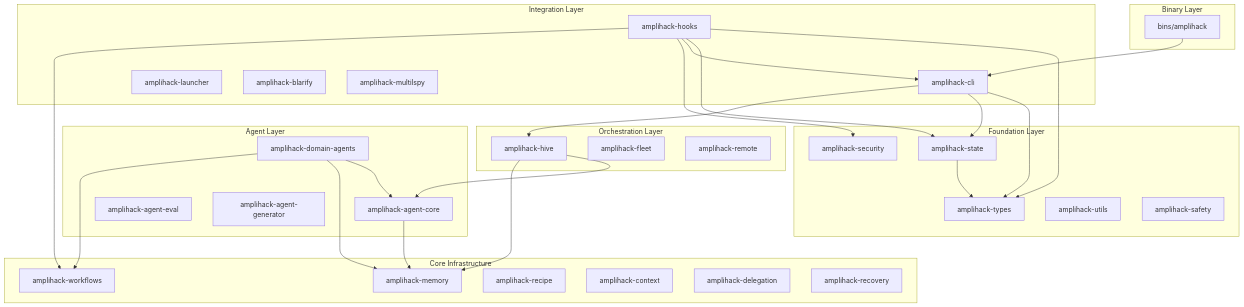
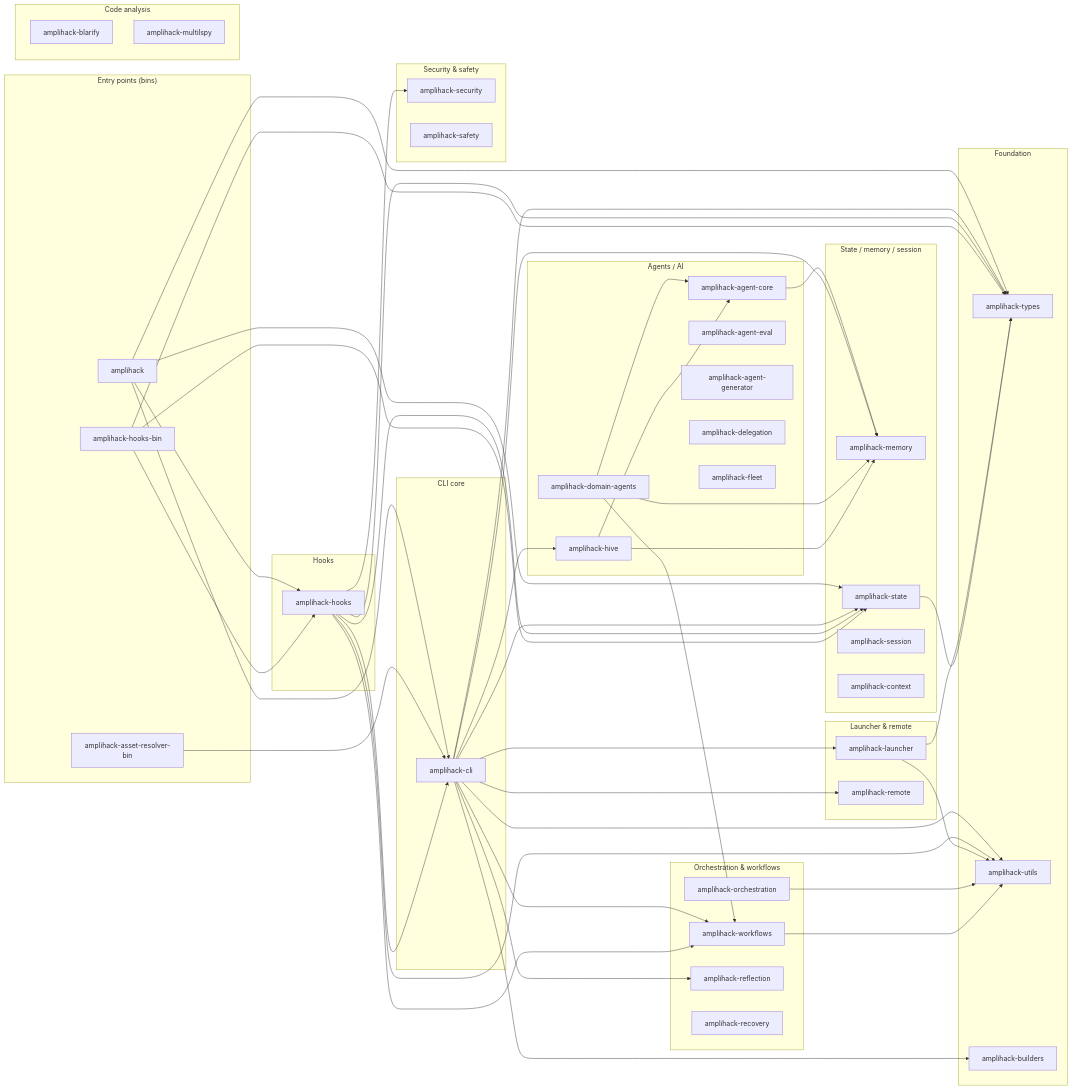
One commit to rysweet/amplihack-rs changed the diagram in docs/atlas/compile-deps/compile-deps.mmd. Above: the diagram before and after it, drawn with Mermaid. The commit also changed 70 other files, not shown here.

```diff
--- a/docs/atlas/compile-deps/compile-deps.mmd
+++ b/docs/atlas/compile-deps/compile-deps.mmd
@@ -1,71 +1,85 @@
-graph TD
-    subgraph "Foundation Layer"
-        types["amplihack-types"]
-        state["amplihack-state"]
-        utils["amplihack-utils"]
-        security["amplihack-security"]
-        safety["amplihack-safety"]
-    end
-
-    subgraph "Core Infrastructure"
-        memory["amplihack-memory"]
-        workflows["amplihack-workflows"]
-        recipe["amplihack-recipe"]
-        context["amplihack-context"]
-        delegation["amplihack-delegation"]
-        recovery["amplihack-recovery"]
-    end
-
-    subgraph "Agent Layer"
-        agent_core["amplihack-agent-core"]
-        agent_eval["amplihack-agent-eval"]
-        agent_gen["amplihack-agent-generator"]
-        domain_agents["amplihack-domain-agents"]
-    end
-
-    subgraph "Orchestration Layer"
-        hive["amplihack-hive"]
-        fleet["amplihack-fleet"]
-        remote["amplihack-remote"]
-    end
-
-    subgraph "Integration Layer"
-        cli["amplihack-cli"]
-        hooks["amplihack-hooks"]
-        launcher["amplihack-launcher"]
-        blarify["amplihack-blarify"]
-        multilspy["amplihack-multilspy"]
-    end
-
-    subgraph "Binary Layer"
-        bin_amplihack["bins/amplihack"]
-    end
-
-    %% Foundation deps
-    state --> types
-
-    %% Core Infrastructure deps
-    %% (memory, workflows, recipe standalone)
-
-    %% Agent Layer deps
-    agent_core --> memory
-    domain_agents --> agent_core
-    domain_agents --> memory
-    domain_agents --> workflows
-
-    %% Orchestration Layer deps
-    hive --> agent_core
-    hive --> memory
-
-    %% Integration Layer deps
-    cli --> types
-    cli --> state
-    cli --> hive
-    hooks --> types
-    hooks --> state
-    hooks --> cli
-    hooks --> security
-    hooks --> workflows
-
-    %% Binary deps
-    bin_amplihack --> cli
+flowchart LR
+  subgraph entrypoints["Entry points (bins)"]
+    amplihack["amplihack"]
+    amplihack_hooks_bin["amplihack-hooks-bin"]
+    amplihack_asset_resolver_bin["amplihack-asset-resolver-bin"]
+  end
+  subgraph cli["CLI core"]
+    amplihack_cli["amplihack-cli"]
+  end
+  subgraph hooks["Hooks"]
+    amplihack_hooks["amplihack-hooks"]
+  end
+  subgraph agents["Agents / AI"]
+    amplihack_agent_core["amplihack-agent-core"]
+    amplihack_agent_eval["amplihack-agent-eval"]
+    amplihack_agent_generator["amplihack-agent-generator"]
+    amplihack_domain_agents["amplihack-domain-agents"]
+    amplihack_hive["amplihack-hive"]
+    amplihack_delegation["amplihack-delegation"]
+    amplihack_fleet["amplihack-fleet"]
+  end
+  subgraph orchestration["Orchestration & workflows"]
+    amplihack_orchestration["amplihack-orchestration"]
+    amplihack_workflows["amplihack-workflows"]
+    amplihack_reflection["amplihack-reflection"]
+    amplihack_recovery["amplihack-recovery"]
+  end
+  subgraph state_memory["State / memory / session"]
+    amplihack_memory["amplihack-memory"]
+    amplihack_state["amplihack-state"]
+    amplihack_session["amplihack-session"]
+    amplihack_context["amplihack-context"]
+  end
+  subgraph launch_remote["Launcher & remote"]
+    amplihack_launcher["amplihack-launcher"]
+    amplihack_remote["amplihack-remote"]
+  end
+  subgraph foundation["Foundation"]
+    amplihack_types["amplihack-types"]
+    amplihack_utils["amplihack-utils"]
+    amplihack_builders["amplihack-builders"]
+  end
+  subgraph security["Security & safety"]
+    amplihack_security["amplihack-security"]
+    amplihack_safety["amplihack-safety"]
+  end
+  subgraph code_analysis["Code analysis"]
+    amplihack_blarify["amplihack-blarify"]
+    amplihack_multilspy["amplihack-multilspy"]
+  end
+  amplihack --> amplihack_cli
+  amplihack --> amplihack_hooks
+  amplihack --> amplihack_state
+  amplihack --> amplihack_types
+  amplihack_agent_core --> amplihack_memory
+  amplihack_asset_resolver_bin --> amplihack_cli
+  amplihack_cli --> amplihack_builders
+  amplihack_cli --> amplihack_hive
+  amplihack_cli --> amplihack_launcher
+  amplihack_cli --> amplihack_memory
+  amplihack_cli --> amplihack_reflection
+  amplihack_cli --> amplihack_remote
+  amplihack_cli --> amplihack_state
+  amplihack_cli --> amplihack_types
+  amplihack_cli --> amplihack_utils
+  amplihack_cli --> amplihack_workflows
+  amplihack_domain_agents --> amplihack_agent_core
+  amplihack_domain_agents --> amplihack_memory
+  amplihack_domain_agents --> amplihack_workflows
+  amplihack_hive --> amplihack_agent_core
+  amplihack_hive --> amplihack_memory
+  amplihack_hooks --> amplihack_cli
+  amplihack_hooks --> amplihack_security
+  amplihack_hooks --> amplihack_state
+  amplihack_hooks --> amplihack_types
+  amplihack_hooks --> amplihack_utils
+  amplihack_hooks --> amplihack_workflows
+  amplihack_hooks_bin --> amplihack_hooks
+  amplihack_hooks_bin --> amplihack_state
+  amplihack_hooks_bin --> amplihack_types
+  amplihack_launcher --> amplihack_types
+  amplihack_launcher --> amplihack_utils
+  amplihack_orchestration --> amplihack_utils
+  amplihack_state --> amplihack_types
+  amplihack_workflows --> amplihack_utils
```
